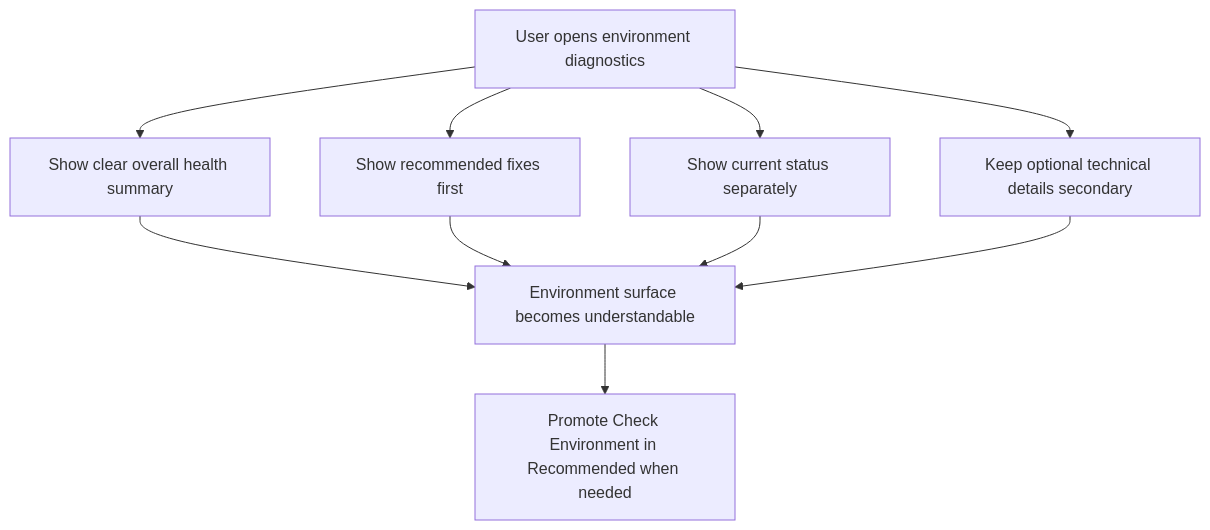
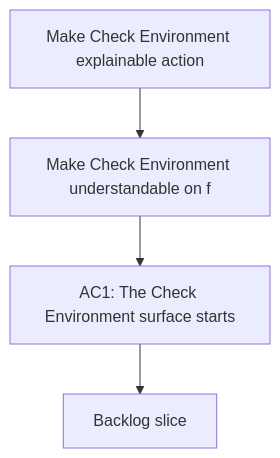
Before and after one commit to AlexAgo83/logics-manager: the diagram in logics/request/req_123_make_check_environment_explainable_action_first_and_state_promoted_in_tools.md, drawn with Mermaid. The commit also changed other lines of this file and 481 other files, not shown here.

````diff
--- a/logics/request/req_123_make_check_environment_explainable_action_first_and_state_promoted_in_tools.md
+++ b/logics/request/req_123_make_check_environment_explainable_action_first_and_state_promoted_in_tools.md
@@ -61,14 +61,8 @@
 ```mermaid
 %% logics-kind: request
 %% logics-signature: request|make-check-environment-explainable-actio|make-check-environment-understandable-on|ac1-the-check-environment-surface-starts
 flowchart TD
-    Trigger[User opens environment diagnostics] --> Summary[Show clear overall health summary]
-    Trigger --> Actions[Show recommended fixes first]
-    Trigger --> Status[Show current status separately]
-    Trigger --> Details[Keep optional technical details secondary]
-    Summary --> Outcome[Environment surface becomes understandable]
-    Actions --> Outcome
-    Status --> Outcome
-    Details --> Outcome
-    Outcome --> Tools[Promote Check Environment in Recommended when needed]
+    Trigger[Make Check Environment explainable action] --> Need[Make Check Environment understandable on f]
+    Need --> Outcome[AC1: The Check Environment surface starts]
+    Outcome --> Backlog[Backlog slice]
 ```
````
